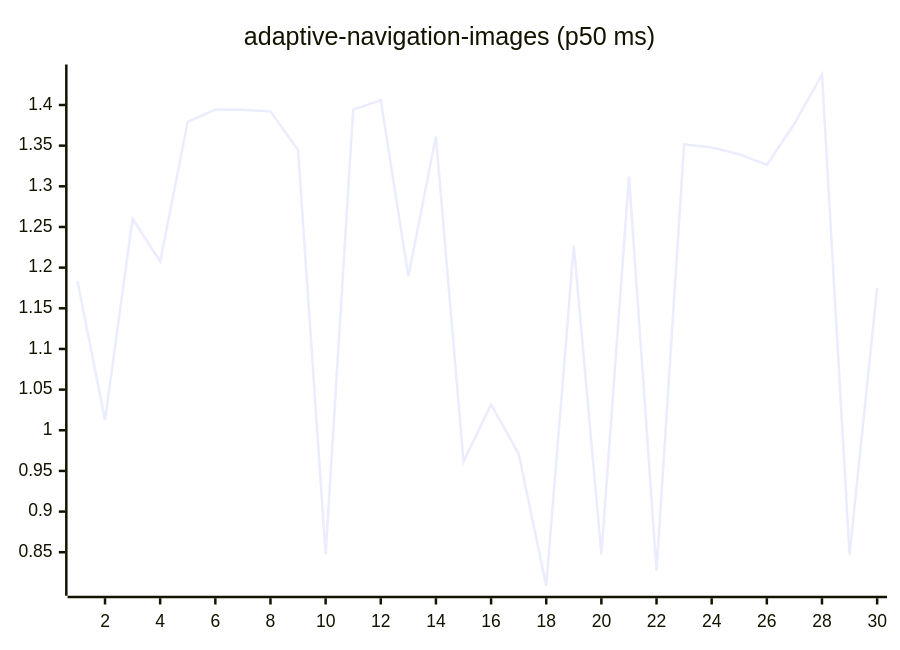
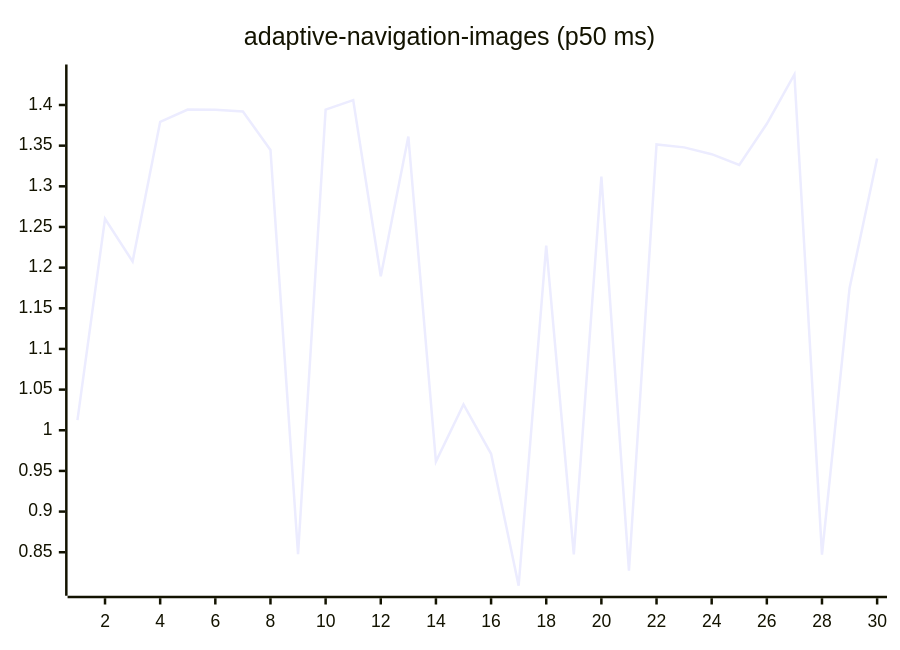
One commit to josha/Facet changed the first of 27 diagrams in README.md. Above: the diagram before and after it, drawn with Mermaid. The commit also changed other lines of this file and 2 other files, not shown here.

````diff
--- a/README.md
+++ b/README.md
@@ -63,6 +63,6 @@
 ```mermaid
 xychart-beta
     title "adaptive-navigation-images (p50 ms)"
     x-axis 1 --> 30
-    line [1.1835, 1.0125, 1.2600, 1.2076, 1.3793, 1.3944, 1.3942, 1.3921, 1.3447, 0.8475, 1.3944, 1.4060, 1.1893, 1.3612, 0.9615, 1.0317, 0.9711, 0.8088, 1.2271, 0.8473, 1.3121, 0.8274, 1.3515, 1.3479, 1.3395, 1.3263, 1.3769, 1.4375, 0.8471, 1.1748]
+    line [1.0125, 1.2600, 1.2076, 1.3793, 1.3944, 1.3942, 1.3921, 1.3447, 0.8475, 1.3944, 1.4060, 1.1893, 1.3612, 0.9615, 1.0317, 0.9711, 0.8088, 1.2271, 0.8473, 1.3121, 0.8274, 1.3515, 1.3479, 1.3395, 1.3263, 1.3769, 1.4375, 0.8471, 1.1748, 1.3343]
 ```
````
